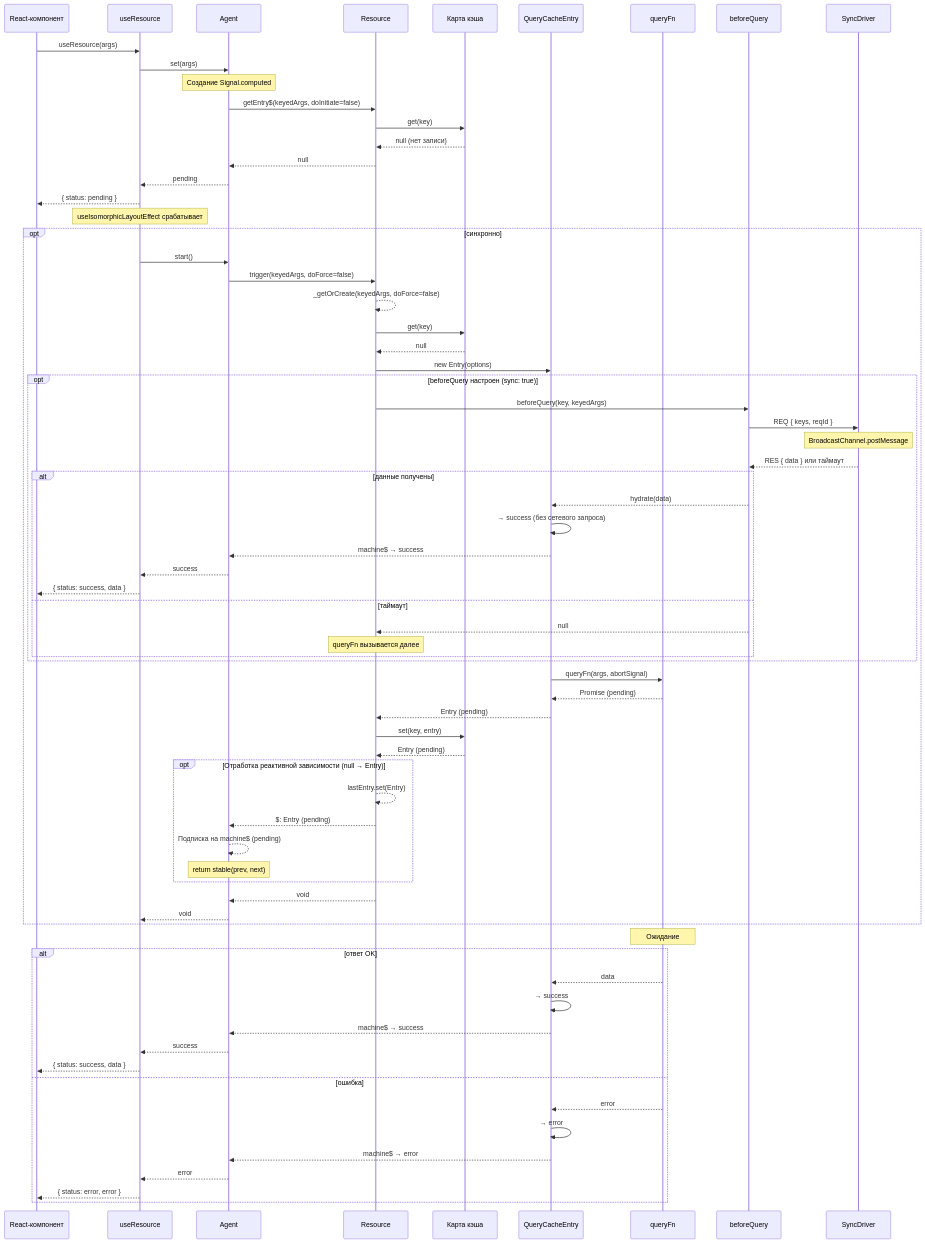
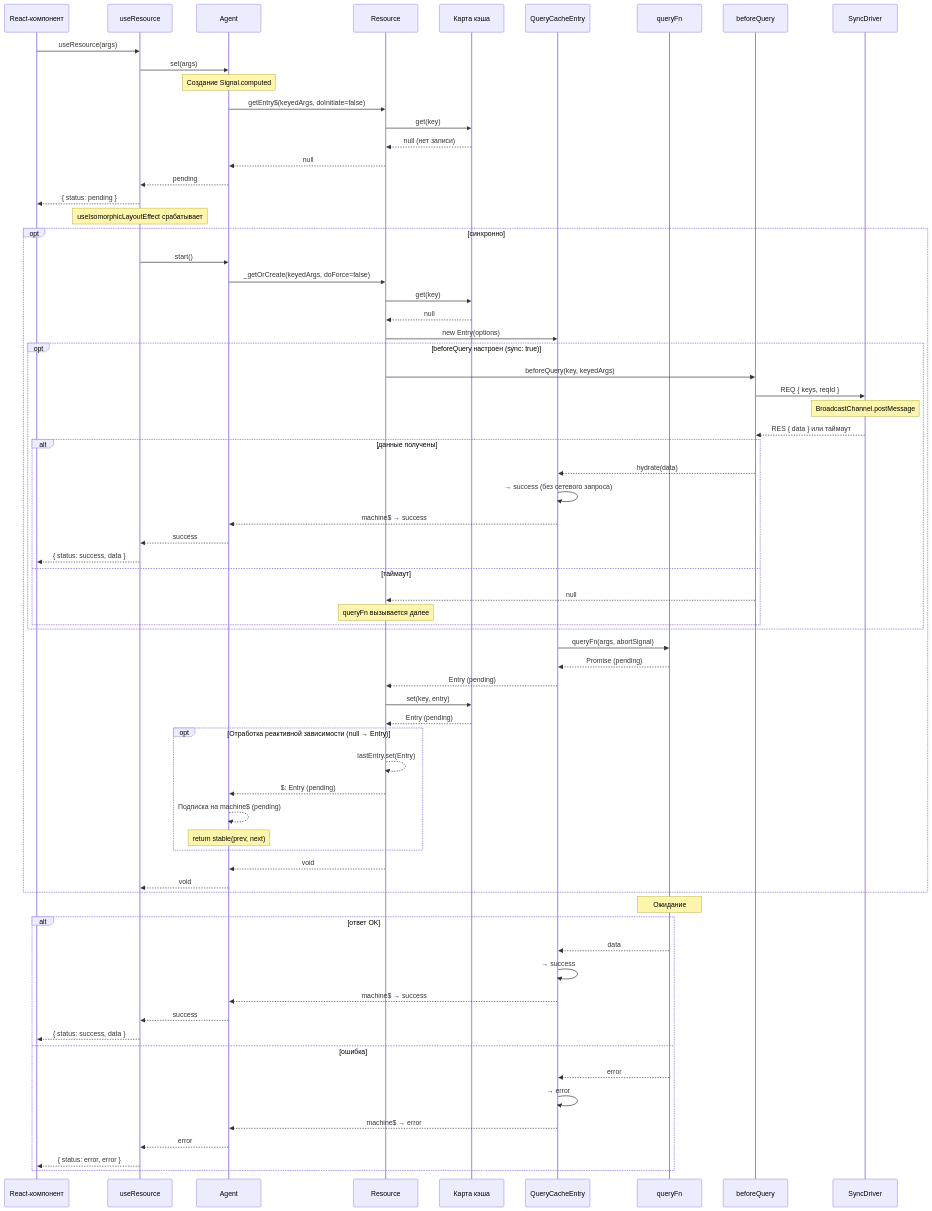
Before and after one commit to fozy-labs/rx-toolkit: the first of 10 diagrams in docs/query/concepts/dataflows.md, drawn with Mermaid. The commit also changed other lines of this file and 35 other files, not shown here.

```diff
--- a/docs/query/concepts/dataflows.md
+++ b/docs/query/concepts/dataflows.md
@@ -41,8 +41,7 @@
 
     opt синхронно
         Hook->>Agent: start()
-        Agent->>Res: trigger(keyedArgs, doForce=false)
-        Res-->>Res: _getOrCreate(keyedArgs, doForce=false)
+        Agent->>Res: _getOrCreate(keyedArgs, doForce=false)
         Res->>Cache: get(key)
         Cache-->>Res: null
         Res->>Entry: new Entry(options)
```
